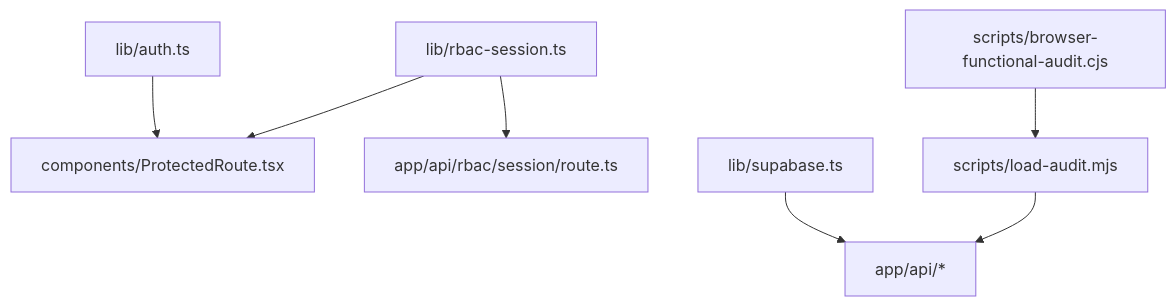
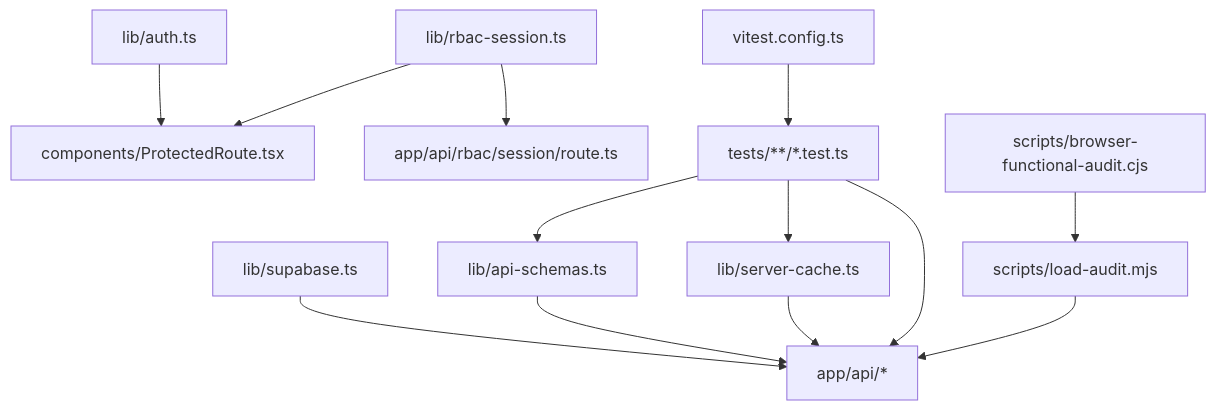
One commit to mustafaalkusaj/appschoolmustafa2002 changed the fifth of 5 diagrams in .qoder/repowiki/en/content/Testing Strategy.md. Above: the diagram before and after it, drawn with Mermaid. The commit also changed other lines of this file and 32884 other files, not shown here.

````diff
--- a/.qoder/repowiki/en/content/Testing Strategy.md
+++ b/.qoder/repowiki/en/content/Testing Strategy.md
@@ -472,9 +616,15 @@
 ```mermaid
 graph TB
 Auth["lib/auth.ts"] --> PR["components/ProtectedRoute.tsx"]
 RBAC["lib/rbac-session.ts"] --> PR
 RBAC --> APIRBAC["app/api/rbac/session/route.ts"]
 Supabase["lib/supabase.ts"] --> API["app/api/*"]
+Schemas["lib/api-schemas.ts"] --> API
+Cache["lib/server-cache.ts"] --> API
+Vitest["vitest.config.ts"] --> UnitTests["tests/**/*.test.ts"]
+UnitTests --> API
+UnitTests --> Schemas
+UnitTests --> Cache
 BrowserAudit["scripts/browser-functional-audit.cjs"] --> LoadAudit["scripts/load-audit.mjs"]
 LoadAudit --> API
 ```
````
